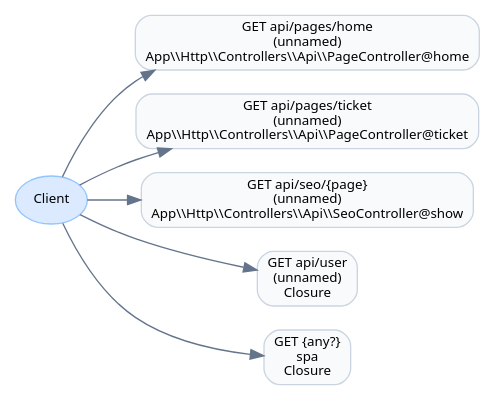
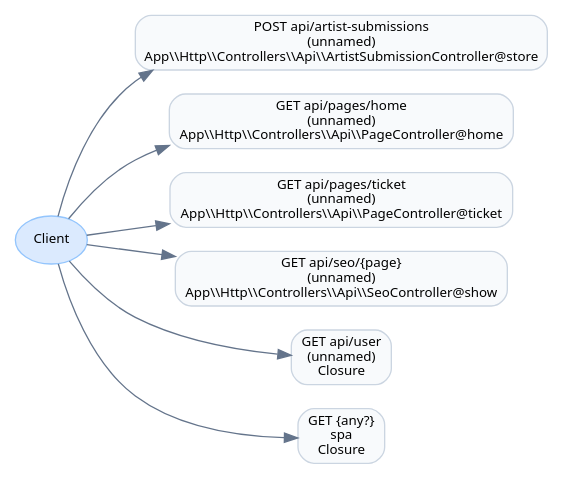
One commit to Manlikenonso1k/youth-beach-blast changed the diagram in docs/graphs/routes-public.dot. Above: the diagram before and after it, drawn with Graphviz. The commit also changed 5 other files, not shown here.

```diff
--- a/docs/graphs/routes-public.dot
+++ b/docs/graphs/routes-public.dot
@@ -1,27 +1,31 @@
 digraph Routes {
   rankdir=LR;
   graph [fontname="Segoe UI"];
   node [shape=box, style="rounded,filled", fillcolor="#F8FAFC", color="#CBD5E1", fontname="Segoe UI", fontsize=10];
   edge [color="#64748B", fontname="Segoe UI", fontsize=9];
   "Client" [shape=oval, fillcolor="#DBEAFE", color="#93C5FD"];
+  "route_api_artist_submissions" [label="POST api/artist-submissions
+(unnamed)
+App\\\\Http\\\\Controllers\\\\Api\\\\ArtistSubmissionController@store"];
+  "Client" -> "route_api_artist_submissions";
   "route_api_pages_home" [label="GET api/pages/home
 (unnamed)
 App\\\\Http\\\\Controllers\\\\Api\\\\PageController@home"];
   "Client" -> "route_api_pages_home";
   "route_api_pages_ticket" [label="GET api/pages/ticket
 (unnamed)
 App\\\\Http\\\\Controllers\\\\Api\\\\PageController@ticket"];
   "Client" -> "route_api_pages_ticket";
   "route_api_seo__page_" [label="GET api/seo/{page}
 (unnamed)
 App\\\\Http\\\\Controllers\\\\Api\\\\SeoController@show"];
   "Client" -> "route_api_seo__page_";
   "route_api_user" [label="GET api/user
 (unnamed)
 Closure"];
   "Client" -> "route_api_user";
   "route__any__" [label="GET {any?}
 spa
 Closure"];
   "Client" -> "route__any__";
 }
```
